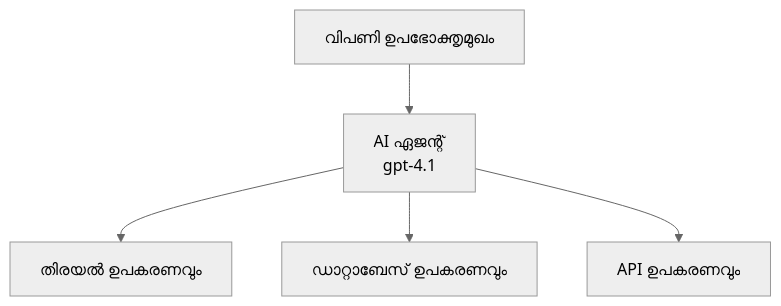
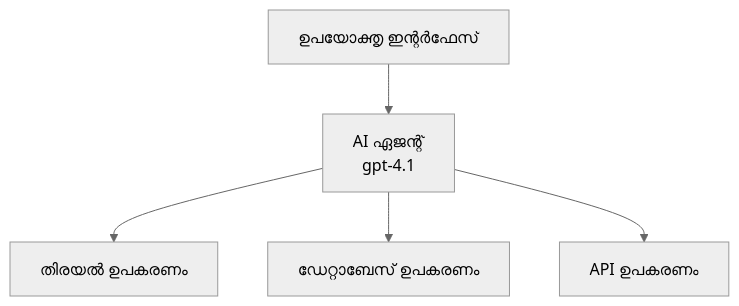
One commit to microsoft/AZD-for-beginners changed the first of 3 diagrams in translations/ml/docs/chapter-02-ai-development/agents.md. Above: the diagram before and after it, drawn with Mermaid (neutral theme). The commit also changed other lines of this file and 101 other files, not shown here.

````diff
--- a/translations/ml/docs/chapter-02-ai-development/agents.md
+++ b/translations/ml/docs/chapter-02-ai-development/agents.md
@@ -152,7 +157,7 @@
 ```mermaid
 graph TD
-    UI[വിപണി ഉപഭോക്തൃമുഖം] --> Agent[AI ഏജന്റ്<br/>gpt-4.1]
-    Agent --> Search[തിരയൽ ഉപകരണവും]
-    Agent --> Database[ഡാറ്റാബേസ് ഉപകരണവും]
-    Agent --> API[API ഉപകരണവും]
+    UI[ഉപയോക്തൃ ഇന്റർഫേസ്] --> Agent[AI ഏജന്റ്<br/>gpt-4.1]
+    Agent --> Search[തിരയൽ ഉപകരണം]
+    Agent --> Database[ഡേറ്റാബേസ് ഉപകരണം]
+    Agent --> API[API ഉപകരണം]
 ```
````
